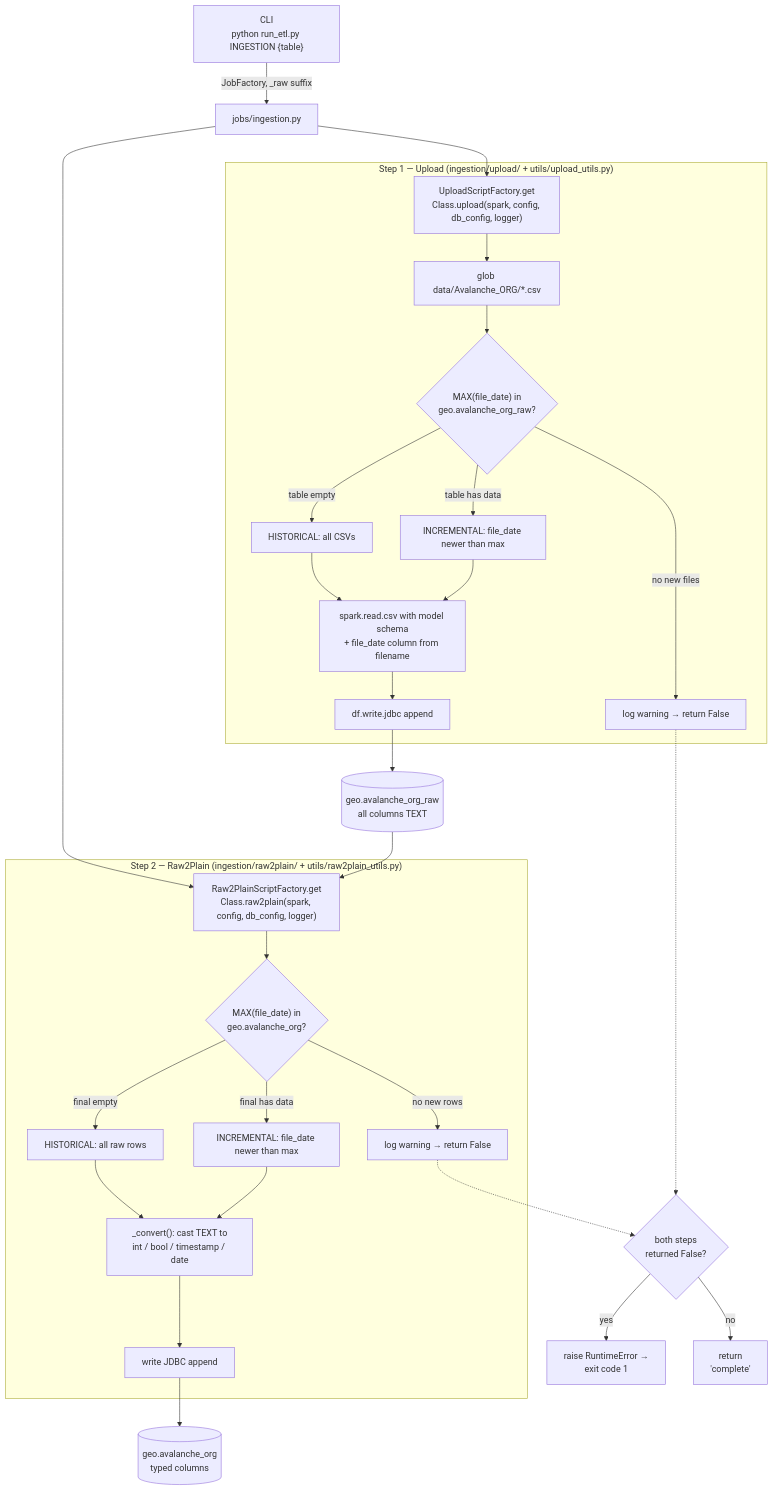
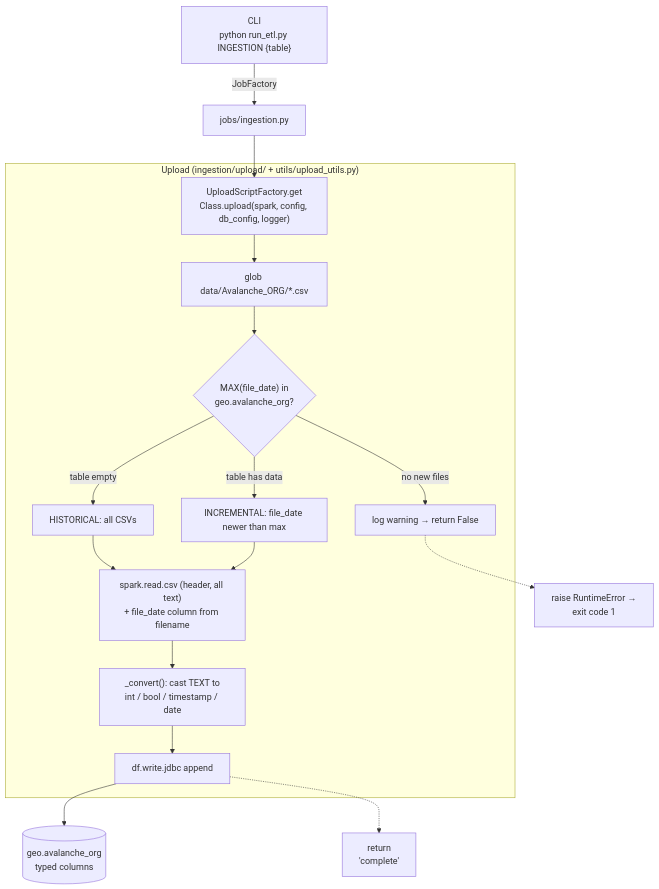
One commit to kaluzny1995/GEO_ETL changed the diagram in docs/etl_jobs/ingestion.md. Above: the diagram before and after it, drawn with Mermaid. The commit also changed other lines of this file and 76 other files, not shown here.

Commit message:
Ingestion job major change

````diff
--- a/docs/etl_jobs/ingestion.md
+++ b/docs/etl_jobs/ingestion.md
@@ -7,37 +7,21 @@
 ```mermaid
 flowchart TD
-    CLI["CLI<br/>python run_etl.py INGESTION {table}"] -->|JobFactory, _raw suffix| JOB["jobs/ingestion.py"]
+    CLI["CLI<br/>python run_etl.py INGESTION {table}"] -->|JobFactory| JOB["jobs/ingestion.py"]
     JOB --> FU["UploadScriptFactory.get<br/>Class.upload(spark, config, db_config, logger)"]
-    JOB --> FT["Raw2PlainScriptFactory.get<br/>Class.raw2plain(spark, config, db_config, logger)"]
 
-    subgraph UP["Step 1 — Upload (ingestion/upload/ + utils/upload_utils.py)"]
+    subgraph UP["Upload (ingestion/upload/ + utils/upload_utils.py)"]
         FU --> FILES["glob data/Avalanche_ORG/*.csv"]
-        FILES --> D1{"MAX(file_date) in<br/>geo.avalanche_org_raw?"}
+        FILES --> D1{"MAX(file_date) in<br/>geo.avalanche_org?"}
         D1 -->|"table empty"| H1["HISTORICAL: all CSVs"]
         D1 -->|"table has data"| I1["INCREMENTAL: file_date newer than max"]
-        H1 --> READ["spark.read.csv with model schema<br/>+ file_date column from filename"]
+        H1 --> READ["spark.read.csv (header, all text)<br/>+ file_date column from filename"]
         I1 --> READ
-        READ --> W1["df.write.jdbc append"]
-        D1 -->|"no new files"| SKIP1["log warning → return False"]
+        READ --> CV["_convert(): cast TEXT to<br/>int / bool / timestamp / date"]
+        CV --> W1["df.write.jdbc append"]
+        D1 -->|"no new files"| SKIP["log warning → return False"]
     end
 
-    subgraph R2P["Step 2 — Raw2Plain (ingestion/raw2plain/ + utils/raw2plain_utils.py)"]
-        D2{"MAX(file_date) in<br/>geo.avalanche_org?"}
-        D2 -->|"final empty"| H2["HISTORICAL: all raw rows"]
-        D2 -->|"final has data"| I2["INCREMENTAL: file_date newer than max"]
-        H2 --> CV["_convert(): cast TEXT to<br/>int / bool / timestamp / date"]
-        I2 --> CV
-        CV --> W2["write JDBC append"]
-        D2 -->|"no new rows"| SKIP2["log warning → return False"]
-        FT --> D2
-    end
-
-    W1 --> RAW[("geo.avalanche_org_raw<br/>all columns TEXT")]
-    RAW --> FT
-    W2 --> PLAIN[("geo.avalanche_org<br/>typed columns")]
-
-    SKIP1 -.-> NOOP{"both steps<br/>returned False?"}
-    SKIP2 -.-> NOOP
-    NOOP -->|"yes"| FAIL["raise RuntimeError →<br/>exit code 1"]
-    NOOP -->|"no"| OK["return<br/>'complete'"]
+    W1 --> PLAIN[("geo.avalanche_org<br/>typed columns")]
+    SKIP -.-> FAIL["raise RuntimeError →<br/>exit code 1"]
+    W1 -.-> OK["return<br/>'complete'"]
 ```
````
